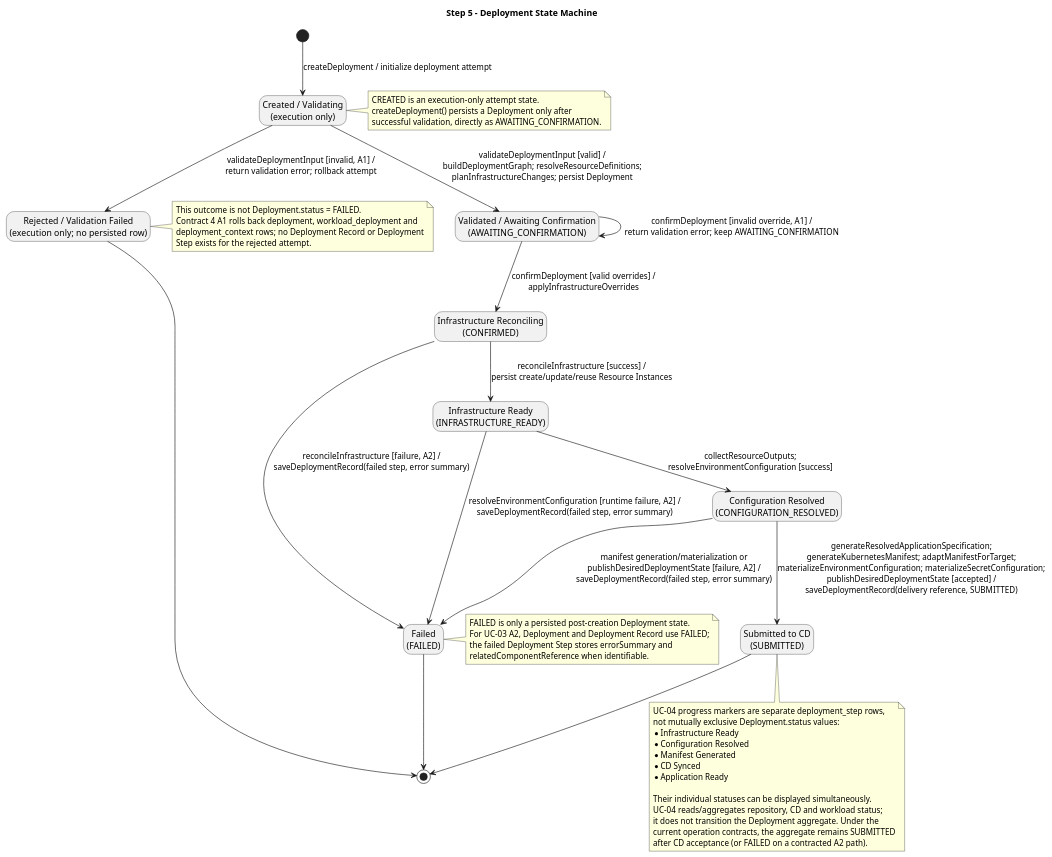
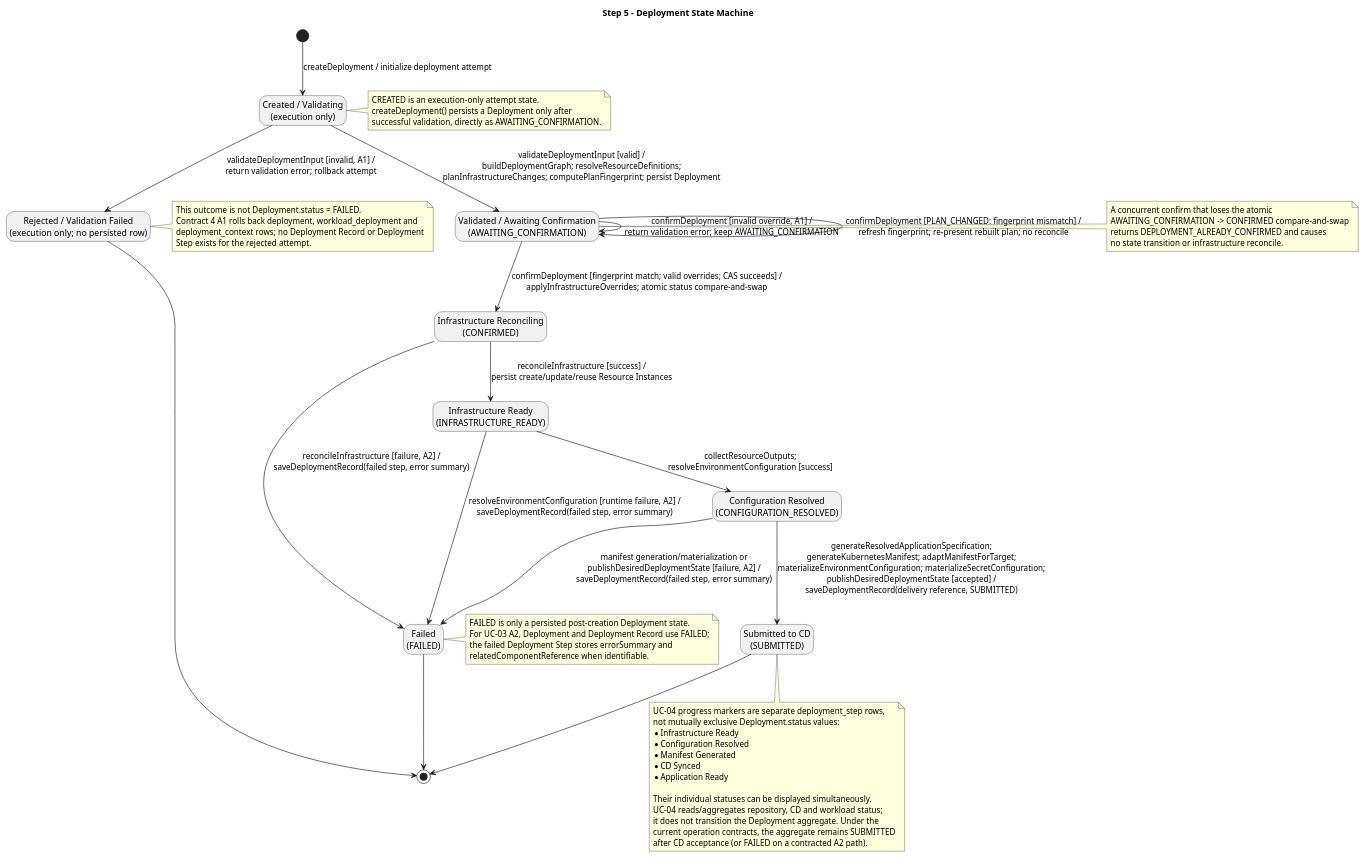
The diagram in 05_state_machines/deployment_state.puml (pr3s3nt/final_idp), drawn with PlantUML before and after one commit. The commit also changed 7 other files, not shown here.

```diff
--- a/05_state_machines/deployment_state.puml
+++ b/05_state_machines/deployment_state.puml
@@ -1,72 +1,80 @@
 @startuml
 title Step 5 - Deployment State Machine
 
 hide empty description
 
 state "Created / Validating\n(execution only)" as CREATED
 state "Rejected / Validation Failed\n(execution only; no persisted row)" as REJECTED
 state "Validated / Awaiting Confirmation\n(AWAITING_CONFIRMATION)" as AWAITING_CONFIRMATION
 state "Infrastructure Reconciling\n(CONFIRMED)" as CONFIRMED
 state "Infrastructure Ready\n(INFRASTRUCTURE_READY)" as INFRASTRUCTURE_READY
 state "Configuration Resolved\n(CONFIGURATION_RESOLVED)" as CONFIGURATION_RESOLVED
 state "Submitted to CD\n(SUBMITTED)" as SUBMITTED
 state "Failed\n(FAILED)" as FAILED
 
 [*] --> CREATED : createDeployment / initialize deployment attempt
 
-CREATED --> AWAITING_CONFIRMATION : validateDeploymentInput [valid] /\nbuildDeploymentGraph; resolveResourceDefinitions;\nplanInfrastructureChanges; persist Deployment
+CREATED --> AWAITING_CONFIRMATION : validateDeploymentInput [valid] /\nbuildDeploymentGraph; resolveResourceDefinitions;\nplanInfrastructureChanges; computePlanFingerprint; persist Deployment
 CREATED --> REJECTED : validateDeploymentInput [invalid, A1] /\nreturn validation error; rollback attempt
 REJECTED --> [*]
 
 AWAITING_CONFIRMATION --> AWAITING_CONFIRMATION : confirmDeployment [invalid override, A1] /\nreturn validation error; keep AWAITING_CONFIRMATION
-AWAITING_CONFIRMATION --> CONFIRMED : confirmDeployment [valid overrides] /\napplyInfrastructureOverrides
+AWAITING_CONFIRMATION --> AWAITING_CONFIRMATION : confirmDeployment [PLAN_CHANGED: fingerprint mismatch] /\nrefresh fingerprint; re-present rebuilt plan; no reconcile
+AWAITING_CONFIRMATION --> CONFIRMED : confirmDeployment [fingerprint match; valid overrides; CAS succeeds] /\napplyInfrastructureOverrides; atomic status compare-and-swap
 
 CONFIRMED --> INFRASTRUCTURE_READY : reconcileInfrastructure [success] /\npersist create/update/reuse Resource Instances
 CONFIRMED --> FAILED : reconcileInfrastructure [failure, A2] /\nsaveDeploymentRecord(failed step, error summary)
 
 INFRASTRUCTURE_READY --> CONFIGURATION_RESOLVED : collectResourceOutputs;\nresolveEnvironmentConfiguration [success]
 INFRASTRUCTURE_READY --> FAILED : resolveEnvironmentConfiguration [runtime failure, A2] /\nsaveDeploymentRecord(failed step, error summary)
 
 CONFIGURATION_RESOLVED --> SUBMITTED : generateResolvedApplicationSpecification;\ngenerateKubernetesManifest; adaptManifestForTarget;\nmaterializeEnvironmentConfiguration; materializeSecretConfiguration;\npublishDesiredDeploymentState [accepted] /\nsaveDeploymentRecord(delivery reference, SUBMITTED)
 CONFIGURATION_RESOLVED --> FAILED : manifest generation/materialization or\npublishDesiredDeploymentState [failure, A2] /\nsaveDeploymentRecord(failed step, error summary)
 
 SUBMITTED --> [*]
 FAILED --> [*]
 
 note right of CREATED
   CREATED is an execution-only attempt state.
   createDeployment() persists a Deployment only after
   successful validation, directly as AWAITING_CONFIRMATION.
 end note
 
 note right of REJECTED
   This outcome is not Deployment.status = FAILED.
   Contract 4 A1 rolls back deployment, workload_deployment and
   deployment_context rows; no Deployment Record or Deployment
   Step exists for the rejected attempt.
 end note
 
+note right of AWAITING_CONFIRMATION
+  A concurrent confirm that loses the atomic
+  AWAITING_CONFIRMATION -> CONFIRMED compare-and-swap
+  returns DEPLOYMENT_ALREADY_CONFIRMED and causes
+  no state transition or infrastructure reconcile.
+end note
+
 note right of FAILED
   FAILED is only a persisted post-creation Deployment state.
   For UC-03 A2, Deployment and Deployment Record use FAILED;
   the failed Deployment Step stores errorSummary and
   relatedComponentReference when identifiable.
 end note
 
 note bottom of SUBMITTED
   UC-04 progress markers are separate deployment_step rows,
   not mutually exclusive Deployment.status values:
   * Infrastructure Ready
   * Configuration Resolved
   * Manifest Generated
   * CD Synced
   * Application Ready
 
   Their individual statuses can be displayed simultaneously.
   UC-04 reads/aggregates repository, CD and workload status;
   it does not transition the Deployment aggregate. Under the
   current operation contracts, the aggregate remains SUBMITTED
   after CD acceptance (or FAILED on a contracted A2 path).
 end note
 
 @enduml
```
